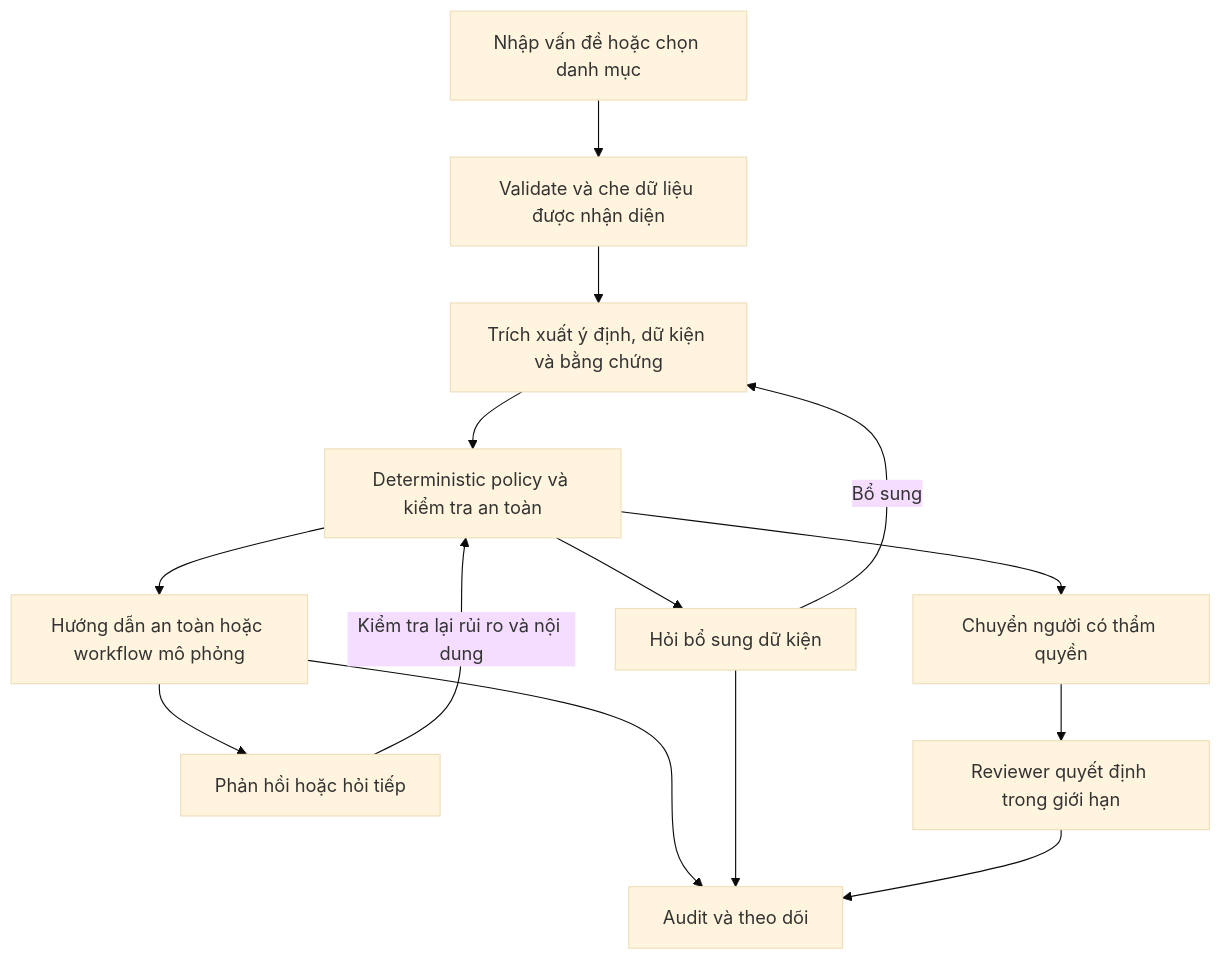
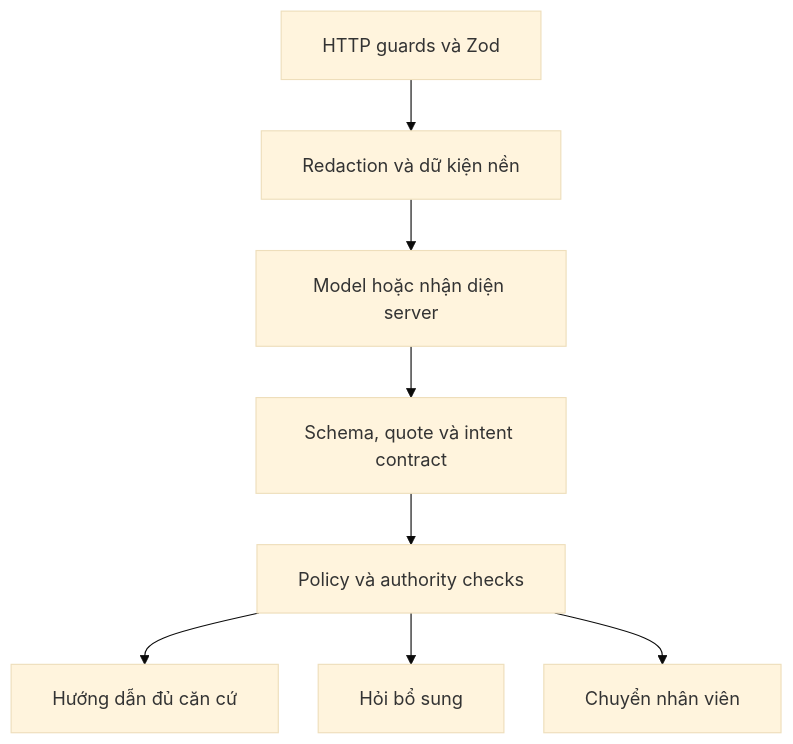
One commit to dakiemdarktharr/nosleepclub-support-desk changed the first of 3 diagrams in docs/ARCHITECTURE.md. Above: the diagram before and after it, drawn with Mermaid (base theme). The commit also changed other lines of this file and 40 other files, not shown here.

First line of the commit message:
docs: refresh product guide and simplify workflow diagrams

````diff
--- a/docs/ARCHITECTURE.md
+++ b/docs/ARCHITECTURE.md
@@ -6,16 +7,11 @@
 ```mermaid
+%%{init: {"flowchart": {"htmlLabels": false, "nodeSpacing": 35, "rankSpacing": 45, "padding": 18}}}%%
 flowchart TD
-    A[Nhập vấn đề hoặc chọn danh mục] --> B[Validate và che dữ liệu được nhận diện]
-    B --> C[Trích xuất ý định, dữ kiện và bằng chứng]
-    C --> D[Deterministic policy và kiểm tra an toàn]
-    D --> E[Hướng dẫn an toàn hoặc workflow mô phỏng]
-    D --> F[Hỏi bổ sung dữ kiện]
-    D --> G[Chuyển người có thẩm quyền]
-    F -->|Bổ sung| C
-    E --> H[Phản hồi hoặc hỏi tiếp]
-    H -->|Kiểm tra lại rủi ro và nội dung| D
-    G --> I[Reviewer quyết định trong giới hạn]
-    E --> J[Audit và theo dõi]
-    F --> J
-    I --> J
+  A["HTTP guards và Zod"] --> B["Redaction và dữ kiện nền"]
+  B --> C["Model hoặc nhận diện server"]
+  C --> D["Schema, quote và intent contract"]
+  D --> E["Policy và authority checks"]
+  E --> F["Hướng dẫn đủ căn cứ"]
+  E --> G["Hỏi bổ sung"]
+  E --> H["Chuyển nhân viên"]
 ```
````
